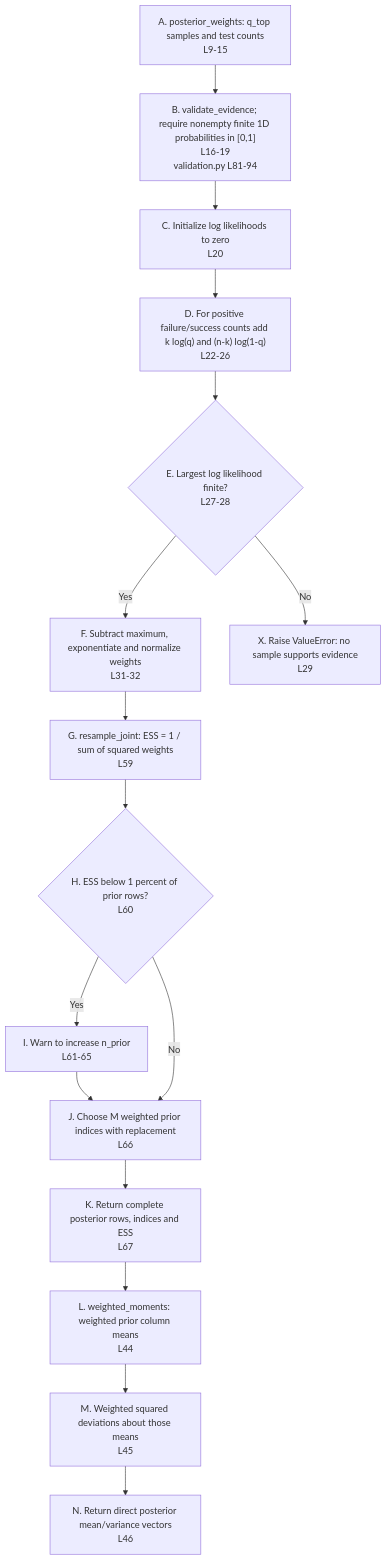
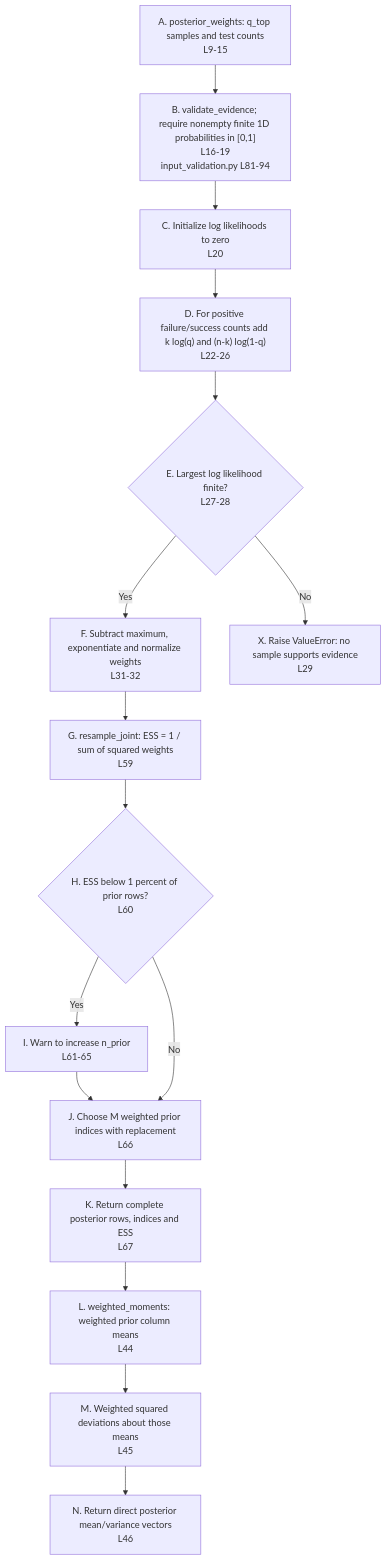
Before and after one commit to ykwang6126/Launch-Vehicle-Readiness-Estimation: diagram 11 of 13 in src/source_code_flowcharts.md, drawn with Mermaid. The commit also changed other lines of this file and 22 other files, not shown here.

Commit message:
Rename input validation and consolidate CLI entry points

````diff
--- a/src/source_code_flowcharts.md
+++ b/src/source_code_flowcharts.md
@@ -639,33 +620,33 @@
 ```mermaid
 flowchart TD
     A["A. posterior_weights: q_top samples and test counts<br/>L9-15"]
-    B["B. validate_evidence; require nonempty finite 1D probabilities in [0,1]<br/>L16-19<br/>validation.py L81-94"]
+    B["B. validate_evidence; require nonempty finite 1D probabilities in [0,1]<br/>L16-19<br/>input_validation.py L81-94"]
     C["C. Initialize log likelihoods to zero<br/>L20"]
     D["D. For positive failure/success counts add k log(q) and (n-k) log(1-q)<br/>L22-26"]
     E{"E. Largest log likelihood finite?<br/>L27-28"}
     F["F. Subtract maximum, exponentiate and normalize weights<br/>L31-32"]
     X["X. Raise ValueError: no sample supports evidence<br/>L29"]
     G["G. resample_joint: ESS = 1 / sum of squared weights<br/>L59"]
     H{"H. ESS below 1 percent of prior rows?<br/>L60"}
     I["I. Warn to increase n_prior<br/>L61-65"]
     J["J. Choose M weighted prior indices with replacement<br/>L66"]
     K["K. Return complete posterior rows, indices and ESS<br/>L67"]
     L["L. weighted_moments: weighted prior column means<br/>L44"]
     M["M. Weighted squared deviations about those means<br/>L45"]
     N["N. Return direct posterior mean/variance vectors<br/>L46"]
     A --> B
     B --> C
     C --> D
     D --> E
     E -->|"Yes"| F
     E -->|"No"| X
     F --> G
     G --> H
     H -->|"Yes"| I
     I --> J
     H -->|"No"| J
     J --> K
     K --> L
     L --> M
     M --> N
 ```
````
